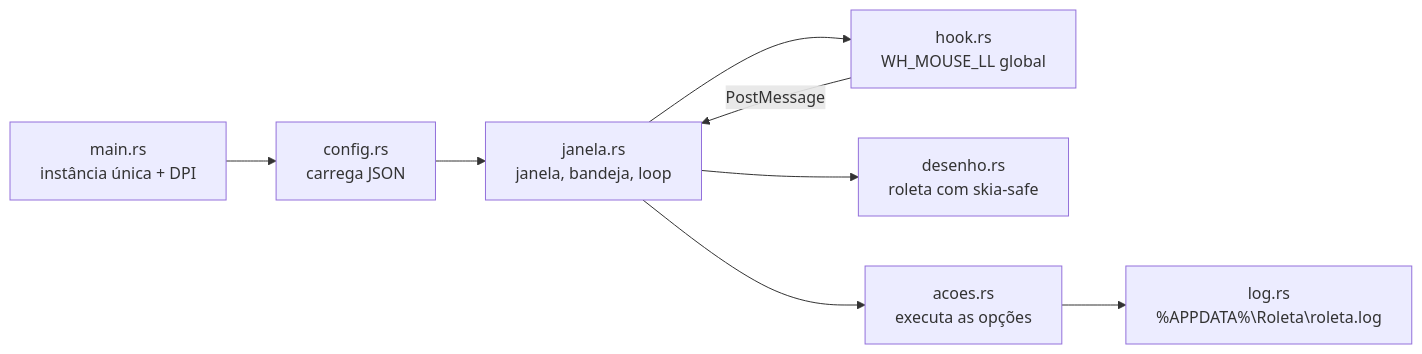
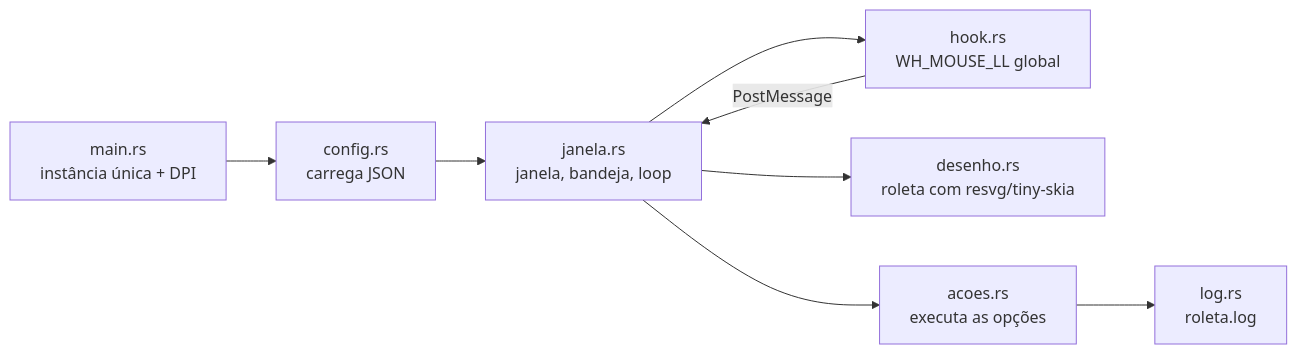
Before and after one commit to 1155dosilicon/roleta-rs: the diagram in README.md, drawn with Mermaid. The commit also changed other lines of this file and 2 other files, not shown here.

First line of the commit message:
README: corrige informações e adiciona imagem da roleta

````diff
--- a/README.md
+++ b/README.md
@@ -145,10 +148,10 @@
 ```mermaid
 flowchart LR
     A[main.rs<br/>instância única + DPI] --> B[config.rs<br/>carrega JSON]
     B --> C[janela.rs<br/>janela, bandeja, loop]
     C --> D[hook.rs<br/>WH_MOUSE_LL global]
     D -- PostMessage --> C
-    C --> E[desenho.rs<br/>roleta com skia-safe]
+    C --> E[desenho.rs<br/>roleta com resvg/tiny-skia]
     C --> F[acoes.rs<br/>executa as opções]
-    F --> G[log.rs<br/>%APPDATA%\Roleta\roleta.log]
+    F --> G[log.rs<br/>roleta.log]
 ```
````
